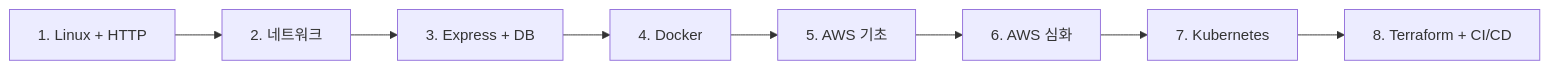
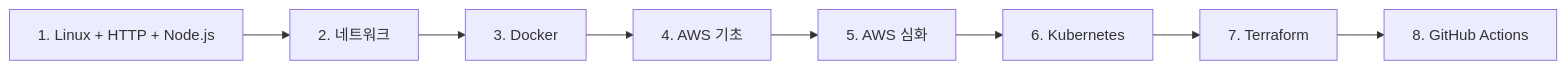
One commit to skkuding/cookbook changed the diagram in content/docs/infra/Getting Started.md. Above: the diagram before and after it, drawn with Mermaid. The commit also changed other lines of this file and 16 other files, not shown here.

````diff
--- a/content/docs/infra/Getting Started.md
+++ b/content/docs/infra/Getting Started.md
@@ -24,10 +24,10 @@
 ```mermaid
 flowchart LR
-  A["1. Linux + HTTP"] --> B["2. 네트워크"]
-  B --> C["3. Express + DB"]
-  C --> D["4. Docker"]
-  D --> E["5. AWS 기초"]
-  E --> F["6. AWS 심화"]
-  F --> G["7. Kubernetes"]
-  G --> H["8. Terraform + CI/CD"]
+  A["1. Linux + HTTP + Node.js"] --> B["2. 네트워크"]
+  B --> C["3. Docker"]
+  C --> D["4. AWS 기초"]
+  D --> E["5. AWS 심화"]
+  E --> F["6. Kubernetes"]
+  F --> G["7. Terraform"]
+  G --> H["8. GitHub Actions"]
 ```
````
